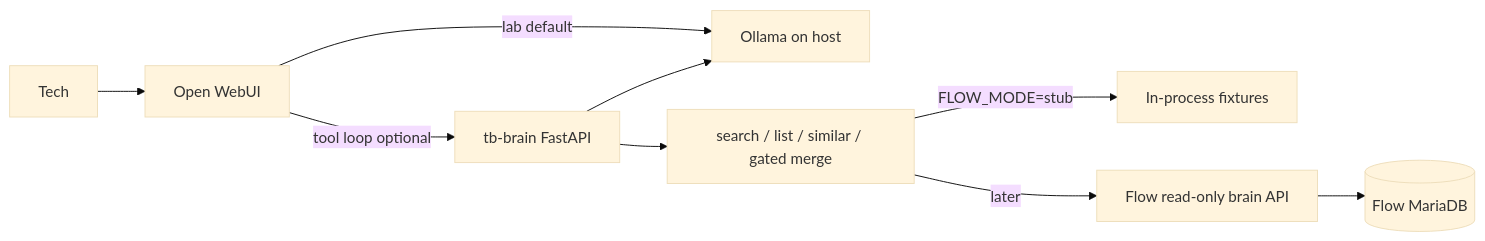
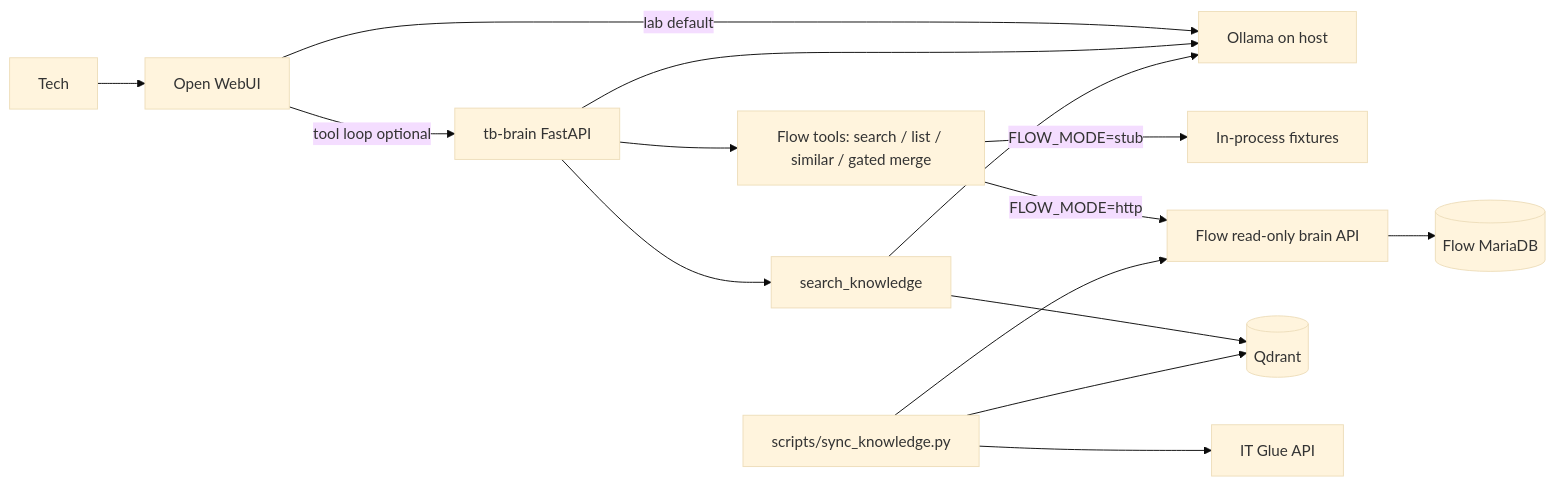
Before and after one commit to Tre-Seibert/TechBldrs-Brain: the diagram in README.md, drawn with Mermaid (base theme). The commit also changed other lines of this file and 16 other files, not shown here.

First line of the commit message:
Add search_knowledge: IT Glue SOPs + time-entry notes via Qdrant.

````diff
--- a/README.md
+++ b/README.md
@@ -68,11 +70,17 @@
 ```mermaid
 flowchart LR
   tech[Tech] --> webui[Open WebUI]
   webui -->|"lab default"| ollama[Ollama on host]
   webui -->|"tool loop optional"| brain[tb-brain FastAPI]
   brain --> ollama
-  brain --> tools["search / list / similar / gated merge"]
+  brain --> tools["Flow tools: search / list / similar / gated merge"]
   tools -->|"FLOW_MODE=stub"| fixtures[In-process fixtures]
-  tools -->|"later"| flowAPI["Flow read-only brain API"]
+  tools -->|"FLOW_MODE=http"| flowAPI["Flow read-only brain API"]
   flowAPI --> flowDB[(Flow MariaDB)]
+  brain --> knowledge["search_knowledge"]
+  knowledge --> qdrant[(Qdrant)]
+  knowledge --> ollama
+  sync["scripts/sync_knowledge.py"] --> flowAPI
+  sync --> itglue[IT Glue API]
+  sync --> qdrant
 ```
````
